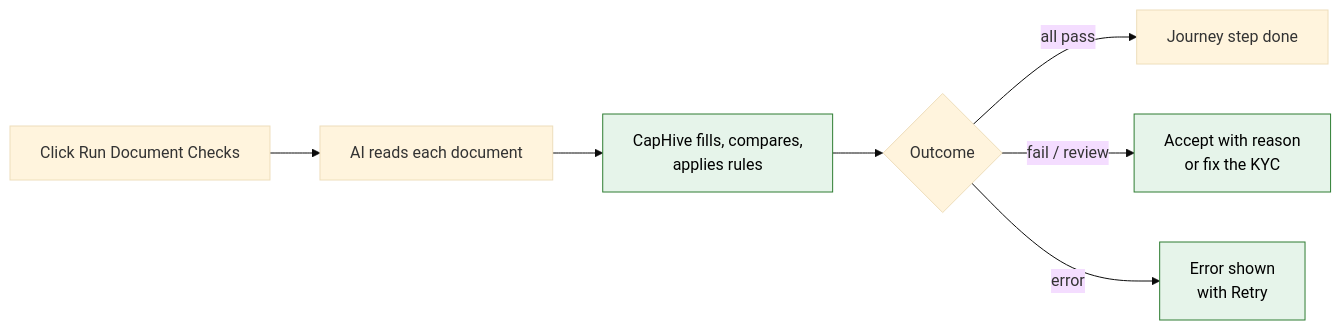
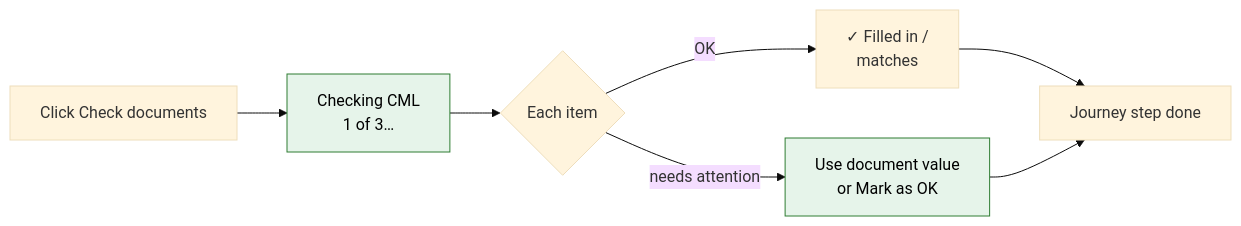
The fourth of 4 diagrams in openspec/changes/document-checks/proposal.md (sampadadiwan/IRM_CompanyMain), drawn with Mermaid (base theme) before and after one commit. The commit also changed other lines of this file and 85 other files, not shown here.

First line of the commit message:
Document checks (#1773)

````diff
--- a/openspec/changes/document-checks/proposal.md
+++ b/openspec/changes/document-checks/proposal.md
@@ -105,11 +122,11 @@
 ```mermaid
 flowchart LR
-    A["Click Run Document Checks"] --> B["AI reads each document"]
-    B --> C["CapHive fills, compares,<br/>applies rules"]
-    C --> D{"Outcome"}
-    D -- "all pass" --> E["Journey step done"]
-    D -- "fail / review" --> F["Accept with reason<br/>or fix the KYC"]
-    D -- "error" --> G["Error shown<br/>with Retry"]
+    A["Click Check documents"] --> B["Checking CML<br/>1 of 3…"]
+    B --> C{"Each item"}
+    C -- "OK" --> D["✓ Filled in /<br/>matches"]
+    C -- "needs attention" --> E["Use document value<br/>or Mark as OK"]
+    D --> F["Journey step done"]
+    E --> F
     classDef new fill:#e6f4ea,stroke:#2e7d32,color:#000
-    class C,F,G new
+    class B,E new
 ```
````
